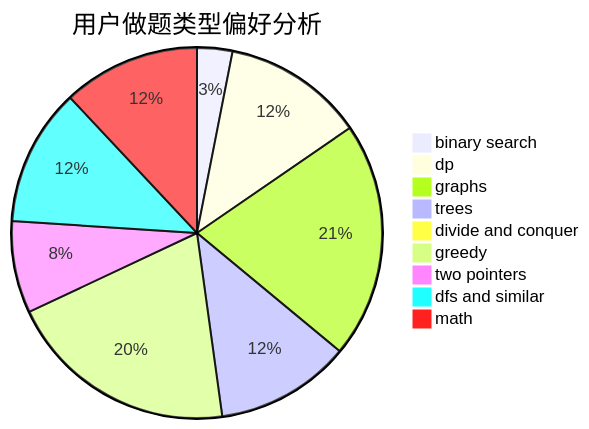
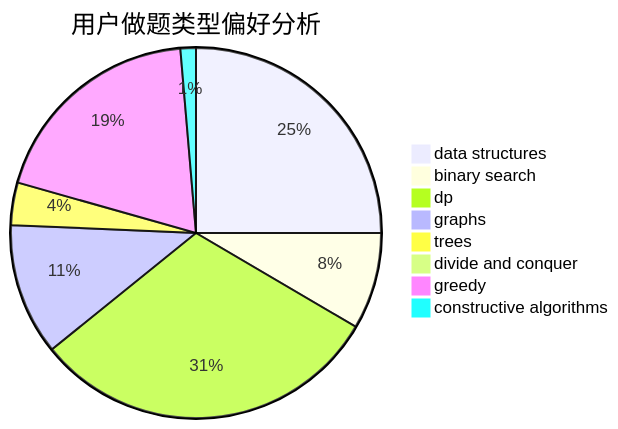
The second of 3 diagrams in docs/user/u268.md (sherpahu/cfrs.github.io), drawn with Mermaid before and after one commit. The commit also changed other lines of this file and 2775 other files, not shown here.

````diff
--- a/docs/user/u268.md
+++ b/docs/user/u268.md
@@ -23,12 +23,11 @@
 ```mermaid
 pie title 用户做题类型偏好分析
-    "binary search" :  53
-    "dp" :  212
-    "graphs" :  354
-    "trees" :  203
-    "divide and conquer" :  7
-    "greedy" :  347
-    "two pointers" :  138
-    "dfs and similar" :  206
-    "math" :  206
+    "data structures" :  74
+    "binary search" :  25
+    "dp" :  91
+    "graphs" :  34
+    "trees" :  11
+    "divide and conquer" :  0
+    "greedy" :  57
+    "constructive algorithms" :  4
 ```
````
